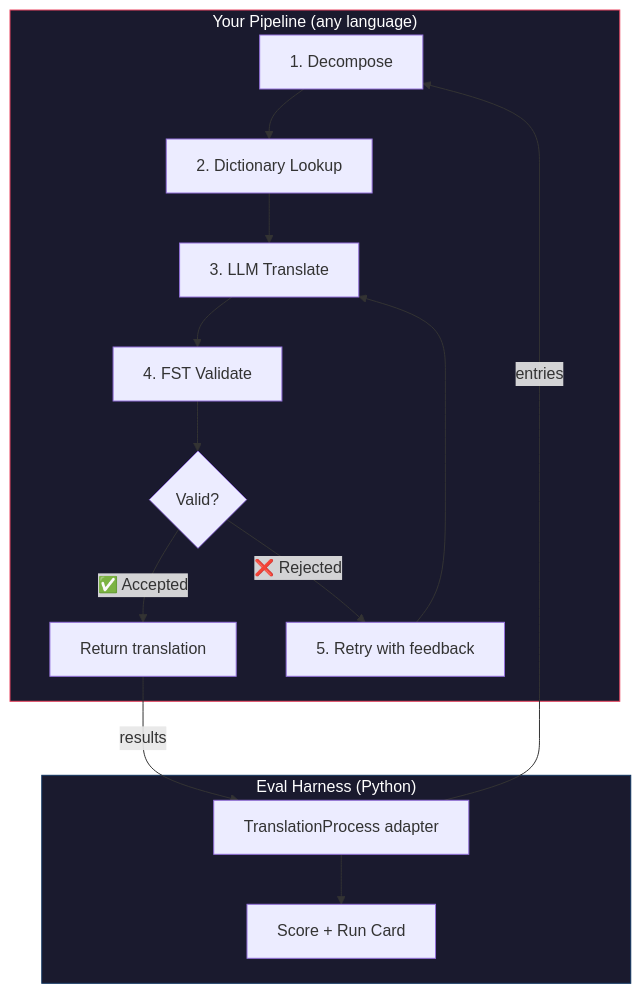
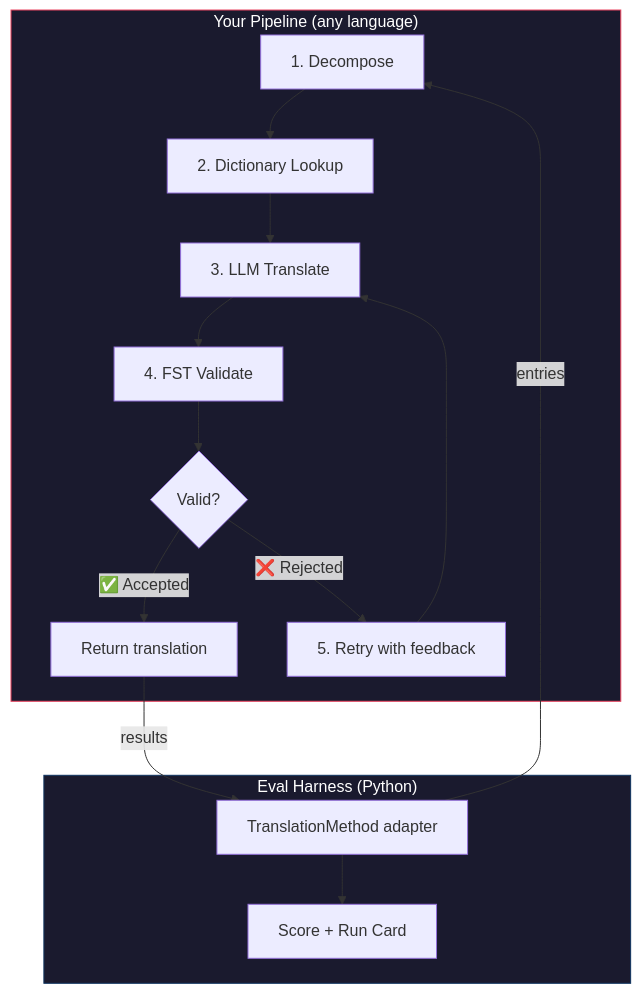
Before and after one commit to gamedaysuits/gds-mt-eval-harness: the first of 3 diagrams in website/docs/tutorials/fst-gated-pipeline.md, drawn with Mermaid. The commit also changed other lines of this file and 43 other files, not shown here.

````diff
--- a/website/docs/tutorials/fst-gated-pipeline.md
+++ b/website/docs/tutorials/fst-gated-pipeline.md
@@ -25,31 +25,31 @@
 ```mermaid
 graph TD
     subgraph pipeline ["Your Pipeline (any language)"]
         A["1. Decompose"]
         B["2. Dictionary Lookup"]
         C["3. LLM Translate"]
         D["4. FST Validate"]
         E{"Valid?"}
         F["5. Retry with feedback"]
         G["Return translation"]
     end
 
     subgraph harness ["Eval Harness (Python)"]
-        H["TranslationProcess adapter"]
+        H["TranslationMethod adapter"]
         I["Score + Run Card"]
     end
 
     H -->|"entries"| A
     A --> B
     B --> C
     C --> D
     D --> E
     E -->|"✅ Accepted"| G
     E -->|"❌ Rejected"| F
     F --> C
     G -->|"results"| H
     H --> I
 
     style pipeline fill:#1a1a2e,stroke:#e94560,color:#fff
     style harness fill:#1a1a2e,stroke:#0f3460,color:#fff
 ```
````
